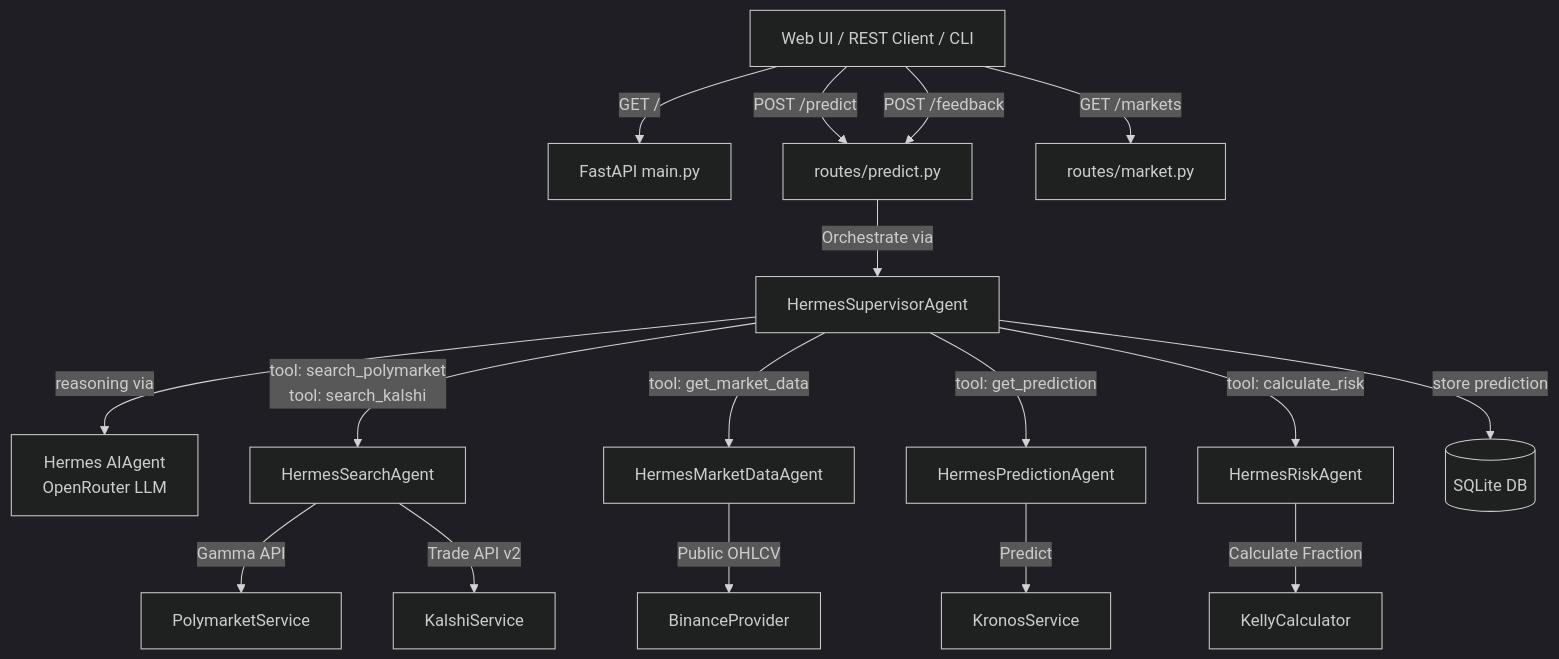
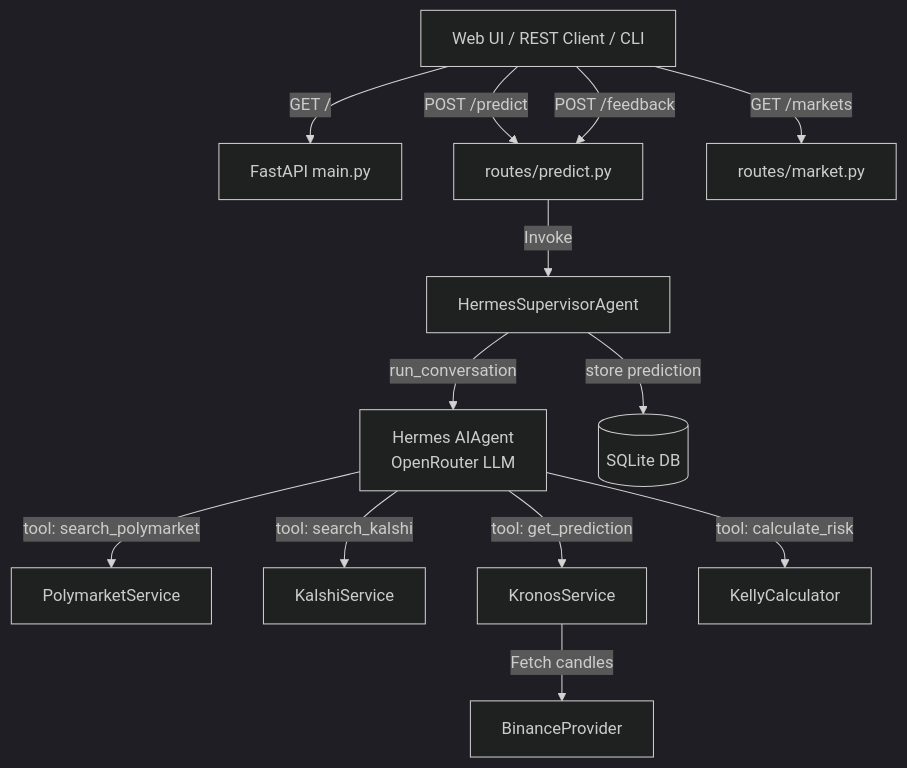
The diagram in ARCHITECTURE.md (utkarshgupta188/CWT-Prediction), drawn with Mermaid (dark theme) before and after one commit. The commit also changed other lines of this file and 27 other files, not shown here.

Commit message:
refactor: simplify prediction pipeline to use agentic conversation loop * move search and risk calculation inside AIAgent ReAct Loop * update error handling and fallbacks for pipeline execution

````diff
--- a/ARCHITECTURE.md
+++ b/ARCHITECTURE.md
@@ -11,22 +11,18 @@
 ```mermaid
 graph TD
     Client[Web UI / REST Client / CLI] -->|GET / | MainApp[FastAPI main.py]
     Client -->|POST /predict | PredictRoute[routes/predict.py]
     Client -->|GET /markets | MarketRoute[routes/market.py]
     Client -->|POST /feedback | PredictRoute
 
-    PredictRoute -->|Orchestrate via | HermesSup[HermesSupervisorAgent]
-    HermesSup -->|reasoning via| AIAgent[Hermes AIAgent<br/>OpenRouter LLM]
-    HermesSup -->|tool: search_polymarket<br/>tool: search_kalshi| Search[HermesSearchAgent]
-    HermesSup -->|tool: get_market_data| MarketData[HermesMarketDataAgent]
-    HermesSup -->|tool: get_prediction| PredictAgent[HermesPredictionAgent]
-    HermesSup -->|tool: calculate_risk| Risk[HermesRiskAgent]
+    PredictRoute -->|Invoke | HermesSup[HermesSupervisorAgent]
+    HermesSup -->|run_conversation | AIAgent[Hermes AIAgent<br/>OpenRouter LLM]
+    AIAgent -->|tool: search_polymarket| Polymarket[PolymarketService]
+    AIAgent -->|tool: search_kalshi| Kalshi[KalshiService]
+    AIAgent -->|tool: get_prediction| Kronos[KronosService]
+    AIAgent -->|tool: calculate_risk| Kelly[KellyCalculator]
     
-    Search -->|Gamma API| Polymarket[PolymarketService]
-    Search -->|Trade API v2| Kalshi[KalshiService]
-    MarketData -->|Public OHLCV| Binance[BinanceProvider]
-    PredictAgent -->|Predict| Kronos[KronosService]
-    Risk -->|Calculate Fraction| Kelly[KellyCalculator]
+    Kronos -->|Fetch candles| Binance[BinanceProvider]
     
     HermesSup -->|store prediction| DB[(SQLite DB)]
 ```
````
